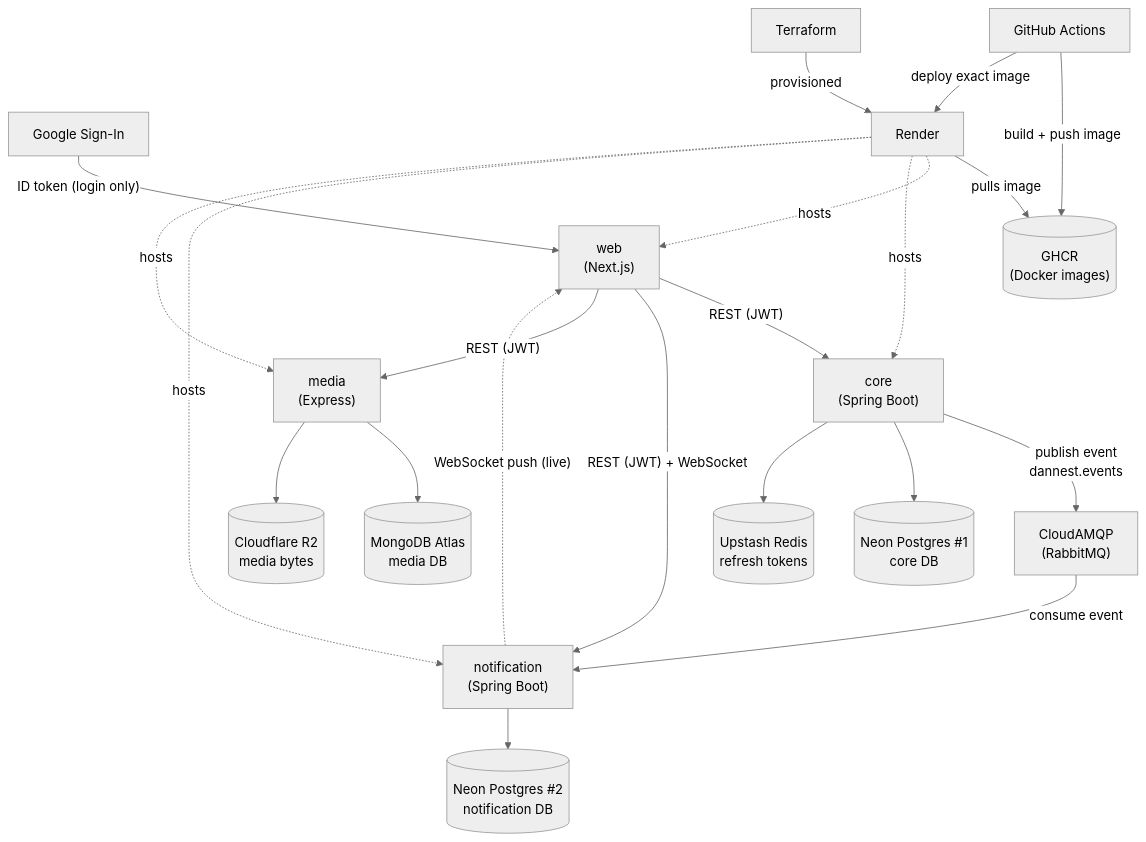
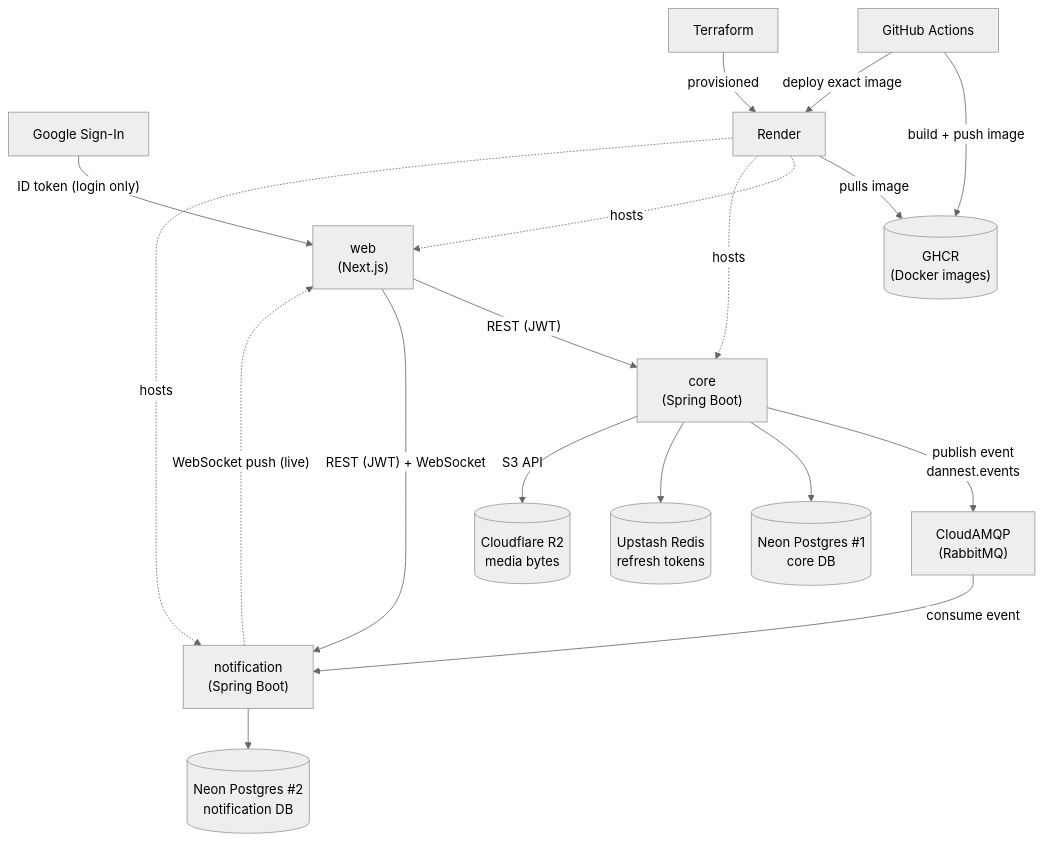
One commit to hdang-dev/dannest changed the first of 8 diagrams in docs/tech/architecture-flows.md. Above: the diagram before and after it, drawn with Mermaid (neutral theme). The commit also changed other lines of this file and 56 other files, not shown here.

````diff
--- a/docs/tech/architecture-flows.md
+++ b/docs/tech/architecture-flows.md
@@ -37,39 +38,34 @@
 ```mermaid
 flowchart TD
     Google["Google Sign-In"]
     Web["web\n(Next.js)"]
     Core["core\n(Spring Boot)"]
     MQ["CloudAMQP\n(RabbitMQ)"]
     Notif["notification\n(Spring Boot)"]
-    Media["media\n(Express)"]
     NeonCore[("Neon Postgres #1\ncore DB")]
     Redis[("Upstash Redis\nrefresh tokens")]
     R2[("Cloudflare R2\nmedia bytes")]
-    Mongo[("MongoDB Atlas\nmedia DB")]
     NeonNotif[("Neon Postgres #2\nnotification DB")]
     Render["Render"]
     GHA["GitHub Actions"]
     GHCR[("GHCR\n(Docker images)")]
     TF["Terraform"]
 
     Google -- "ID token (login only)" --> Web
     Web -- "REST (JWT)" --> Core
     Web -- "REST (JWT) + WebSocket" --> Notif
-    Web -- "REST (JWT)" --> Media
     Core -- "publish event\ndannest.events" --> MQ
     MQ -- "consume event" --> Notif
     Notif -. "WebSocket push (live)" .-> Web
     Core --> NeonCore
     Core --> Redis
-    Media --> Mongo
-    Media --> R2
+    Core -- "S3 API" --> R2
     Notif --> NeonNotif
     GHA -- "build + push image" --> GHCR
     GHA -- "deploy exact image" --> Render
     Render -- "pulls image" --> GHCR
     TF -- "provisioned" --> Render
     Render -. hosts .-> Web
     Render -. hosts .-> Core
     Render -. hosts .-> Notif
-    Render -. hosts .-> Media
 ```
````
